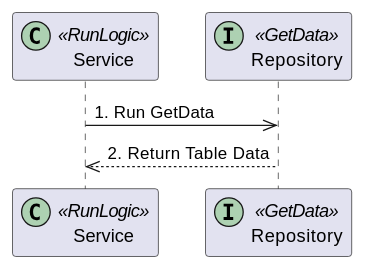
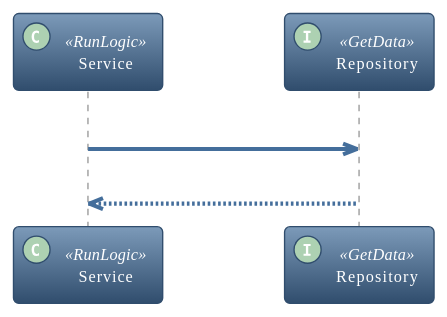
One commit to ChouTingHsiao/ChouTingHsiao.github.io changed the diagram in source/_posts/NetServiceUnitTest.md. Above: the diagram before and after it, drawn with PlantUML.

Commit message:
!theme spacelab

```diff
--- a/source/_posts/NetServiceUnitTest.md
+++ b/source/_posts/NetServiceUnitTest.md
@@ -19,13 +19,14 @@
 {% plantuml %}
 @startuml
+!theme spacelab
 
 participant Service << (C,#ADD1B2) RunLogic >>
 
 participant Repository << (I,#ADD1B2) GetData >>
 
 Service ->> Repository: 1. Run GetData 
 
 Repository -->> Service: 2. Return Table Data
 
 @enduml
 {% endplantuml %}
```
